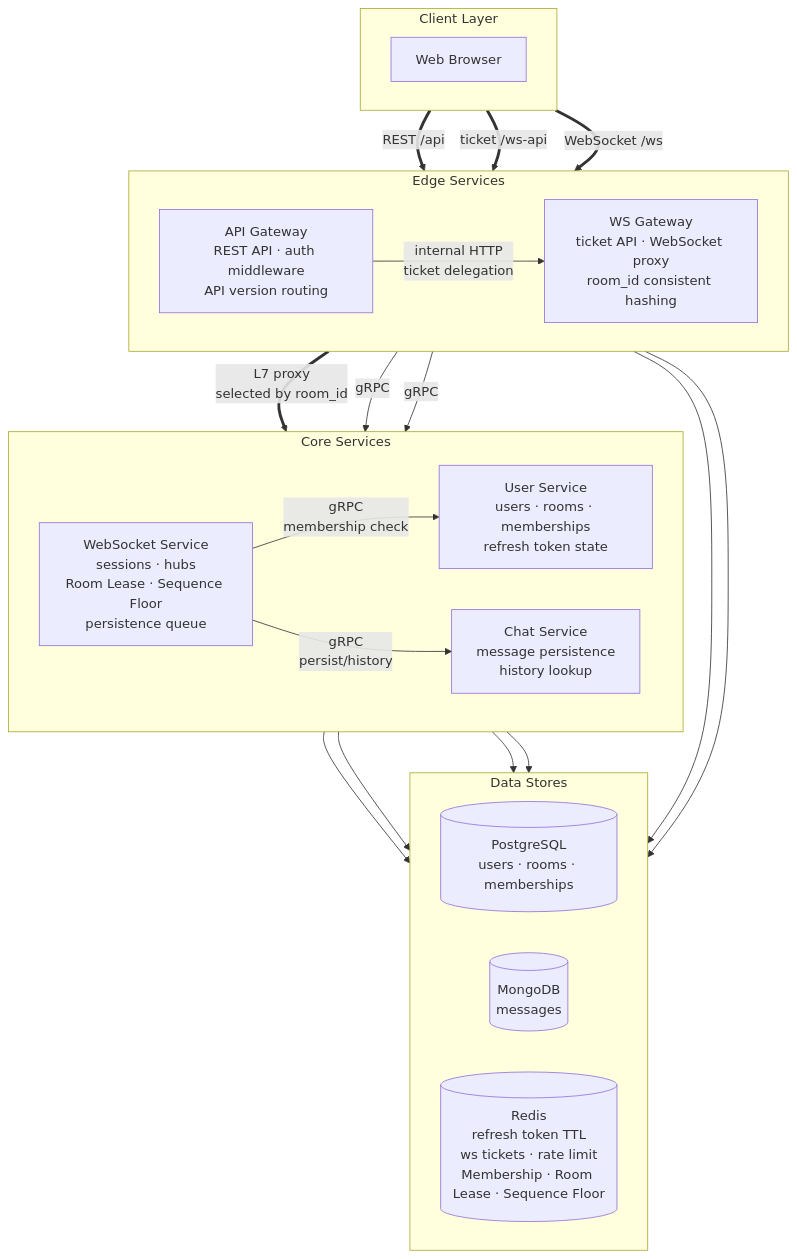
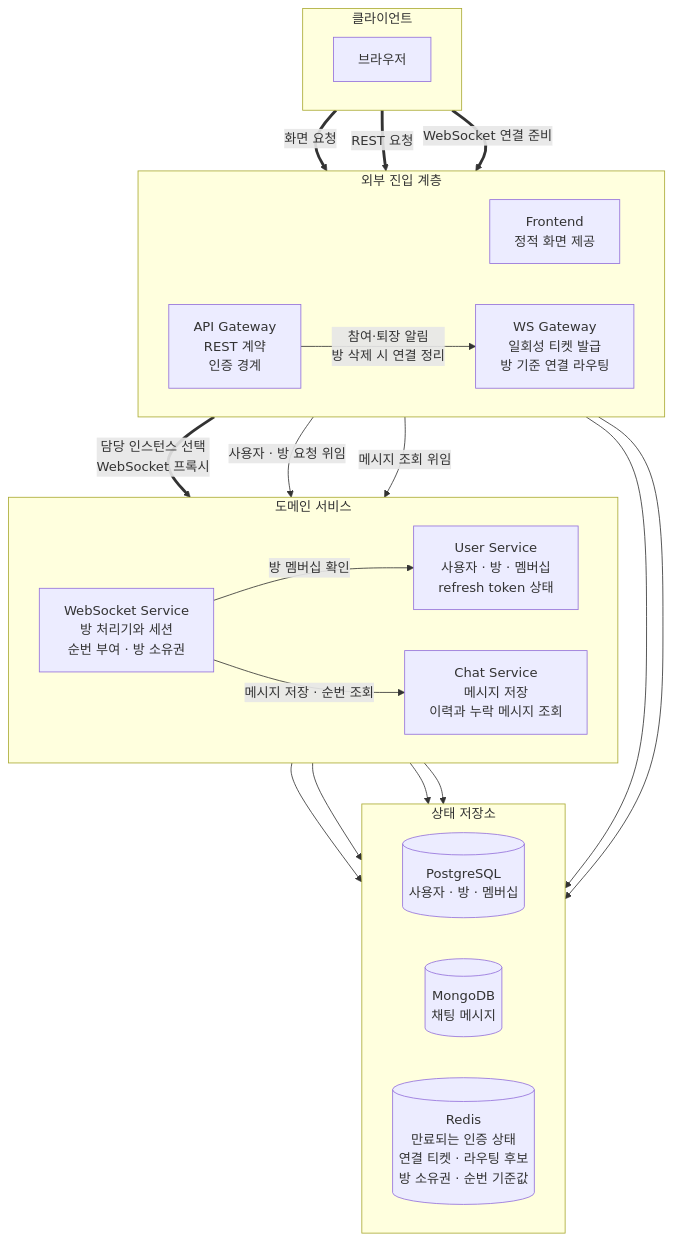
The diagram in docs/diagrams/flow-msa.mmd (happyhun/go-chat-msa), drawn with Mermaid before and after one commit. The commit also changed 11 other files, not shown here.

Commit message:
docs: 다이어그램 흐름 정리

```diff
--- a/docs/diagrams/flow-msa.mmd
+++ b/docs/diagrams/flow-msa.mmd
@@ -1,44 +1,45 @@
 flowchart TB
-    subgraph ClientLayer ["Client Layer"]
+    subgraph ClientLayer ["클라이언트"]
         direction LR
-        Browser["Web Browser"]
+        Browser["브라우저"]
     end
 
-    subgraph Edge ["Edge Services"]
+    subgraph Edge ["외부 진입 계층"]
         direction LR
-        AGW["API Gateway<br/>REST API · auth middleware<br/>API version routing"]
-        WSGW["WS Gateway<br/>ticket API · WebSocket proxy<br/>room_id consistent hashing"]
+        FE["Frontend<br/>정적 화면 제공"]
+        AGW["API Gateway<br/>REST 계약<br/>인증 경계"]
+        WSGW["WS Gateway<br/>일회성 티켓 발급<br/>방 기준 연결 라우팅"]
     end
 
-    subgraph Core ["Core Services"]
+    subgraph Core ["도메인 서비스"]
         direction LR
-        UserSvc["User Service<br/>users · rooms · memberships<br/>refresh token state"]
-        ChatSvc["Chat Service<br/>message persistence<br/>history lookup"]
-        WSSvc["WebSocket Service<br/>sessions · hubs<br/>Room Lease · Sequence Floor<br/>persistence queue"]
+        UserSvc["User Service<br/>사용자 · 방 · 멤버십<br/>refresh token 상태"]
+        ChatSvc["Chat Service<br/>메시지 저장<br/>이력과 누락 메시지 조회"]
+        WSSvc["WebSocket Service<br/>방 처리기와 세션<br/>순번 부여 · 방 소유권"]
     end
 
-    subgraph Data ["Data Stores"]
+    subgraph Data ["상태 저장소"]
         direction LR
-        PG[("PostgreSQL<br/>users · rooms · memberships")]
-        MG[("MongoDB<br/>messages")]
-        RD[("Redis<br/>refresh token TTL<br/>ws tickets · rate limit<br/>Membership · Room Lease · Sequence Floor")]
+        PG[("PostgreSQL<br/>사용자 · 방 · 멤버십")]
+        MG[("MongoDB<br/>채팅 메시지")]
+        RD[("Redis<br/>만료되는 인증 상태<br/>연결 티켓 · 라우팅 후보<br/>방 소유권 · 순번 기준값")]
     end
 
-    Browser == "REST /api" ==> AGW
-    Browser == "ticket /ws-api" ==> WSGW
-    Browser == "WebSocket /ws" ==> WSGW
+    Browser == "화면 요청" ==> FE
+    Browser == "REST 요청" ==> AGW
+    Browser == "WebSocket 연결 준비" ==> WSGW
 
-    AGW -- "internal HTTP<br/>ticket delegation" --> WSGW
-    WSGW == "L7 proxy<br/>selected by room_id" ==> WSSvc
+    AGW -- "참여·퇴장 알림<br/>방 삭제 시 연결 정리" --> WSGW
+    WSGW == "담당 인스턴스 선택<br/>WebSocket 프록시" ==> WSSvc
 
-    AGW -- "gRPC" --> UserSvc
-    AGW -- "gRPC" --> ChatSvc
-    WSSvc -- "gRPC<br/>membership check" --> UserSvc
-    WSSvc -- "gRPC<br/>persist/history" --> ChatSvc
+    AGW -- "사용자 · 방 요청 위임" --> UserSvc
+    AGW -- "메시지 조회 위임" --> ChatSvc
+    WSSvc -- "방 멤버십 확인" --> UserSvc
+    WSSvc -- "메시지 저장 · 순번 조회" --> ChatSvc
 
     UserSvc --> PG
     UserSvc --> RD
     ChatSvc --> MG
     AGW --> RD
     WSGW --> RD
     WSSvc --> RD
```
